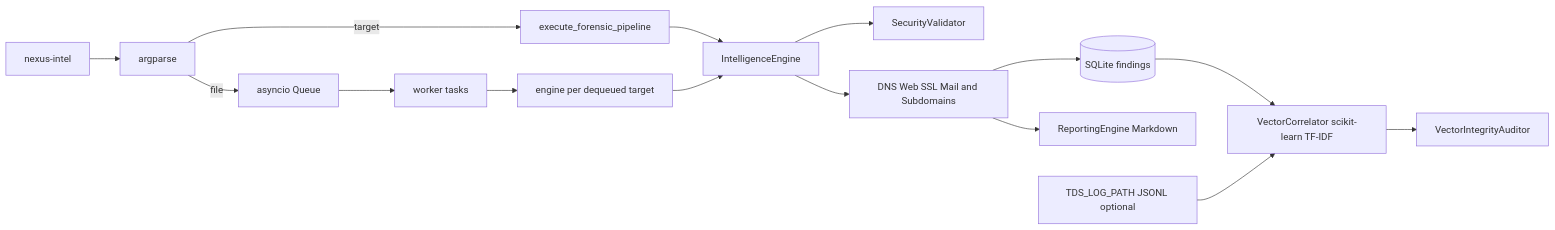
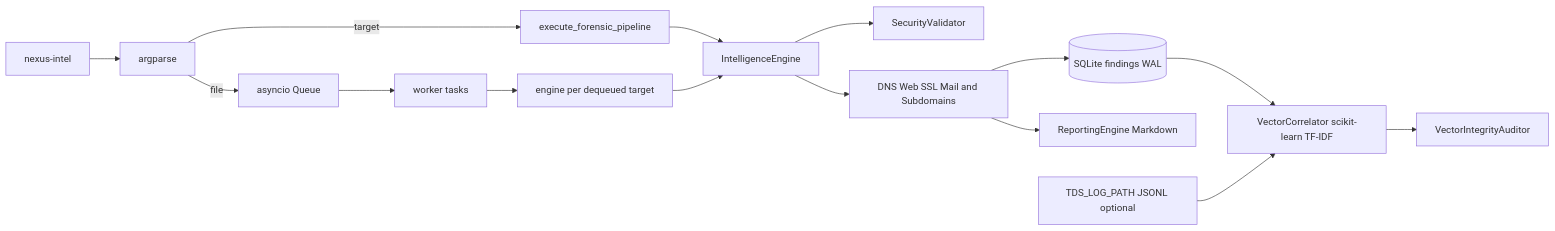
One commit to genesisgzdev/nexus-intelligence changed the first of 3 diagrams in docs/ARCHITECTURE.md. Above: the diagram before and after it, drawn with Mermaid. The commit also changed other lines of this file and 8 other files, not shown here.

```diff
--- a/docs/ARCHITECTURE.md
+++ b/docs/ARCHITECTURE.md
@@ -11,17 +11,17 @@
 ~~~mermaid
 flowchart LR
     CMD[nexus-intel] --> ARG[argparse]
     ARG -->|target| ONE[execute_forensic_pipeline]
     ARG -->|file| Q[asyncio Queue]
     Q --> W[worker tasks]
     W --> BT[engine per dequeued target]
     ONE --> E[IntelligenceEngine]
     BT --> E
     E --> SAFE[SecurityValidator]
     E --> MOD[DNS Web SSL Mail and Subdomains]
-    MOD --> DB[(SQLite findings)]
+    MOD --> DB[(SQLite findings WAL)]
     MOD --> REP[ReportingEngine Markdown]
     DB --> V[VectorCorrelator scikit-learn TF-IDF]
     TDS[TDS_LOG_PATH JSONL optional] --> V
     V --> AUD[VectorIntegrityAuditor]
 ~~~
```
